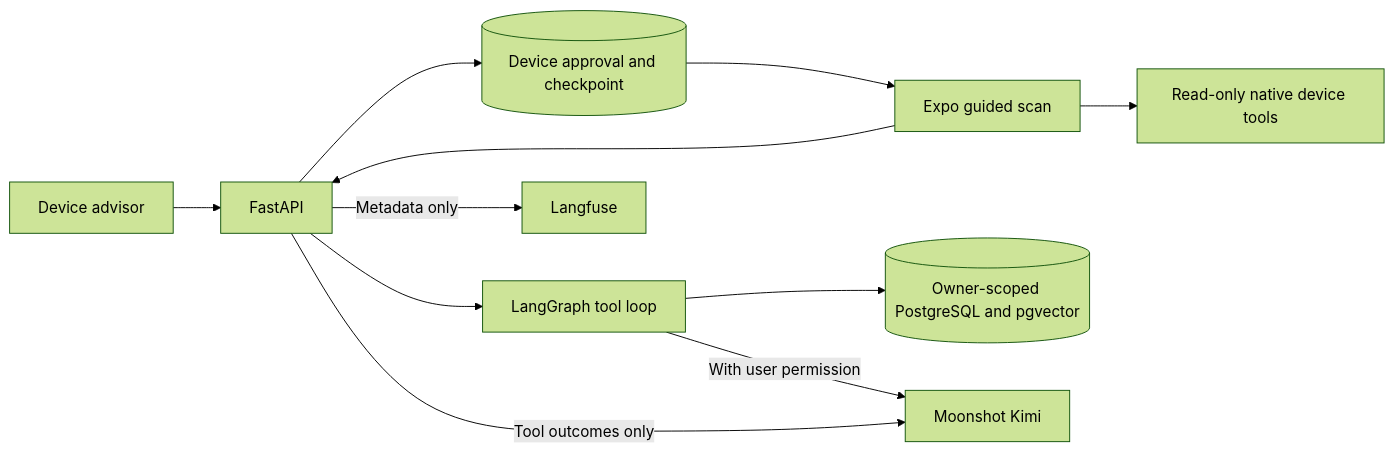
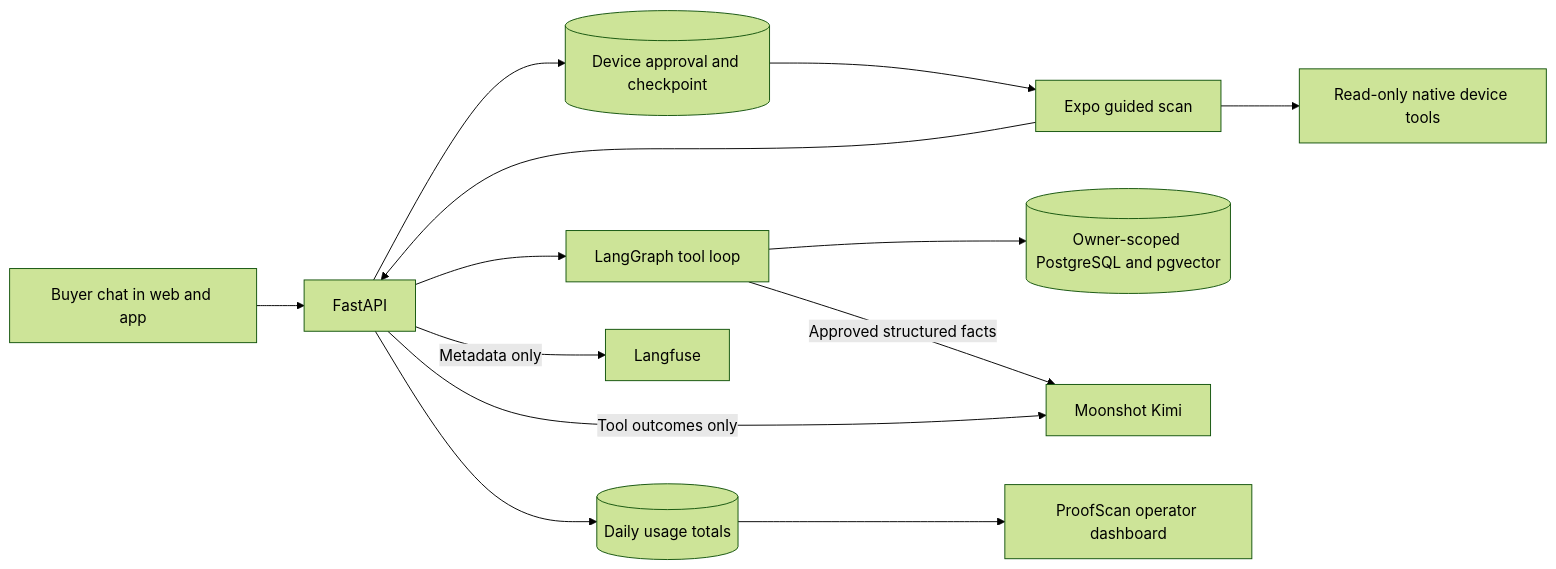
One commit to Ajay-v44/ProofScan changed the diagram in docs/architecture/agent.md. Above: the diagram before and after it, drawn with Mermaid (forest theme). The commit also changed other lines of this file and 83 other files, not shown here.

First line of the commit message:
Add buyer chat and device rechecks

````diff
--- a/docs/architecture/agent.md
+++ b/docs/architecture/agent.md
@@ -5,13 +5,15 @@
 ```mermaid
 flowchart LR
-    Web[Device advisor] --> API[FastAPI]
+    Web[Buyer chat in web and app] --> API[FastAPI]
     Mobile[Expo guided scan] --> API
     API --> Graph[LangGraph tool loop]
     Graph --> Catalog[(Owner-scoped PostgreSQL and pgvector)]
     API --> Plan[(Device approval and checkpoint)]
     Plan --> Mobile
     Mobile --> Readers[Read-only native device tools]
-    Graph -->|With user permission| Kimi[Moonshot Kimi]
+    Graph -->|Approved structured facts| Kimi[Moonshot Kimi]
+    API --> Usage[(Daily usage totals)]
+    Usage --> Ops[ProofScan operator dashboard]
     API -->|Tool outcomes only| Kimi
     API -->|Metadata only| Langfuse[Langfuse]
 ```
````
